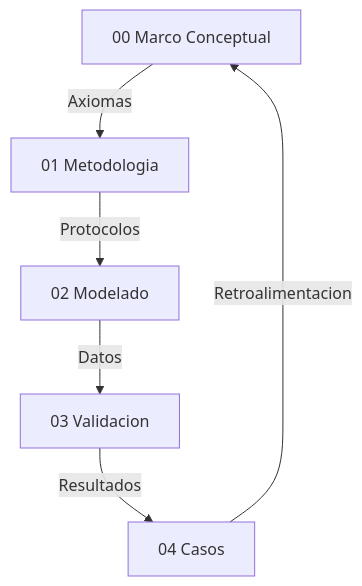
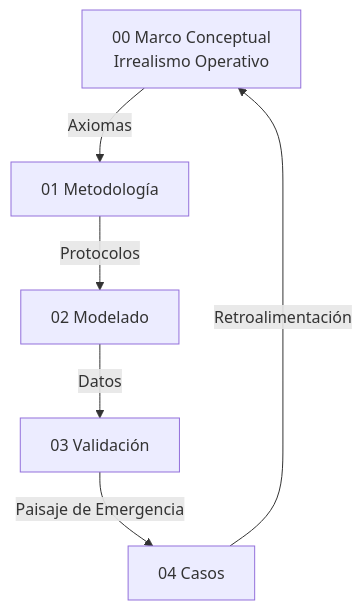
The diagram in TesisDesarrollo/00_Marco_Conceptual/00_00_Marco_Conceptual.md (stevenvo780/TesisJacobContenidos), drawn with Mermaid before and after one commit. The commit also changed other lines of this file and 6 other files, not shown here.

First line of the commit message:
refactor(tesis): pivot filosófico a Irrealismo Operativo de Grados de Emergencia

````diff
--- a/TesisDesarrollo/00_Marco_Conceptual/00_00_Marco_Conceptual.md
+++ b/TesisDesarrollo/00_Marco_Conceptual/00_00_Marco_Conceptual.md
@@ -145,8 +192,8 @@
 ```mermaid
 graph TD
-    A[00 Marco Conceptual] -->|Axiomas| B[01 Metodologia]
+    A[00 Marco Conceptual<br/>Irrealismo Operativo] -->|Axiomas| B[01 Metodología]
     B -->|Protocolos| C[02 Modelado]
-    C -->|Datos| D[03 Validacion]
-    D -->|Resultados| E[04 Casos]
-    E -->|Retroalimentacion| A
+    C -->|Datos| D[03 Validación]
+    D -->|Paisaje de Emergencia| E[04 Casos]
+    E -->|Retroalimentación| A
 ```
````
